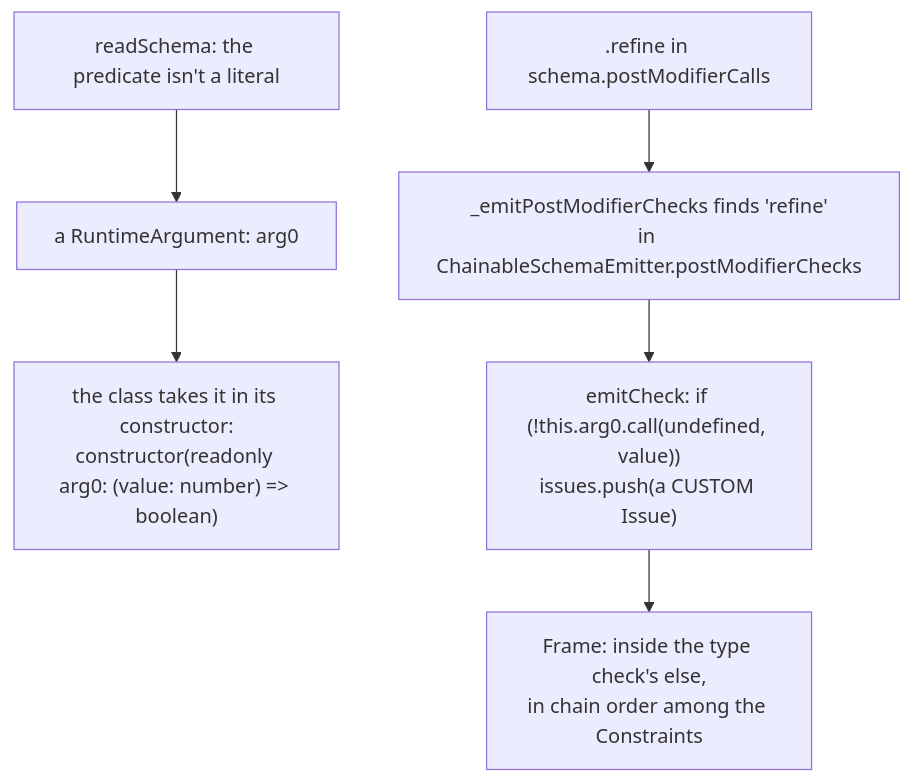
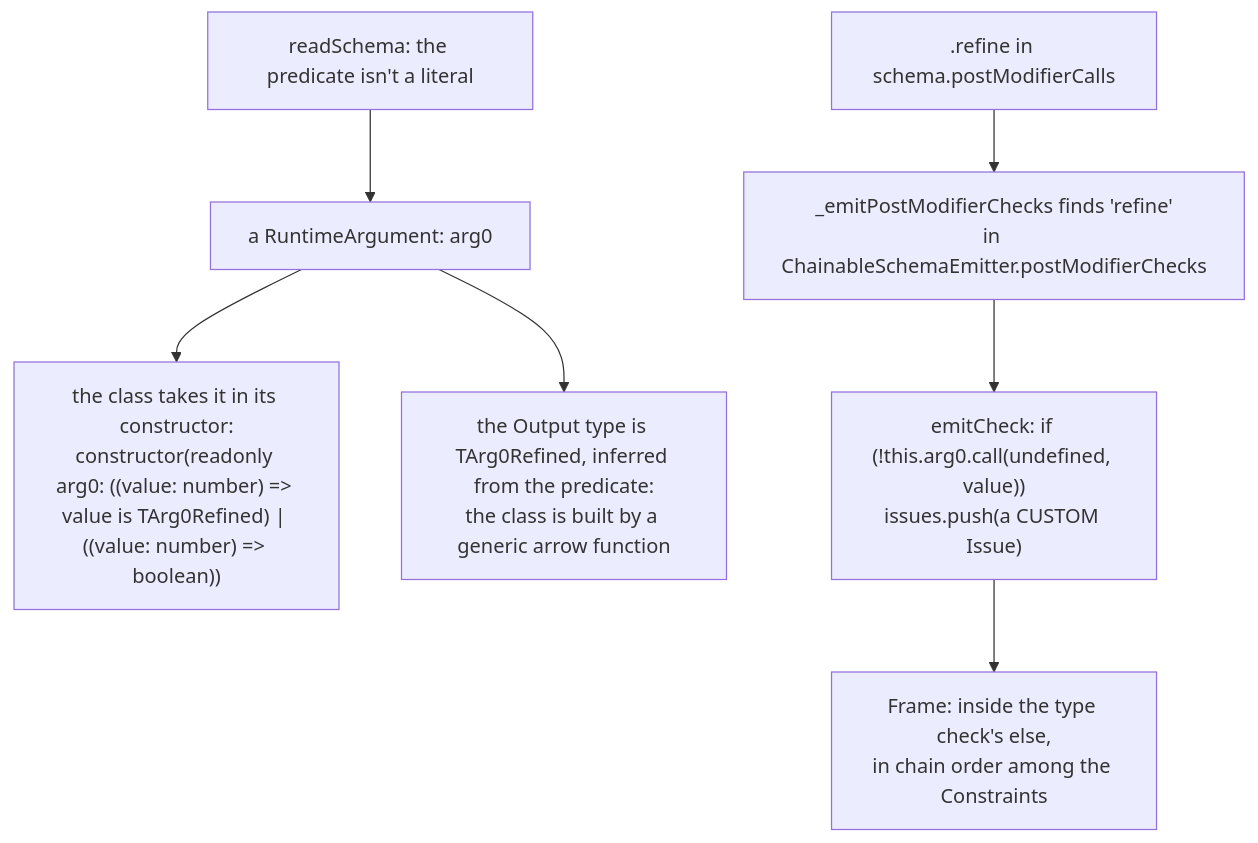
Before and after one commit to Ota-Prokopec/pvl: the third of 3 diagrams in docs/wiki/Refine.md, drawn with Mermaid. The commit also changed other lines of this file and 23 other files, not shown here.

First line of the commit message:
feat(schema-compiler): narrow a Schema's Output to its .refine() predicate's type

````diff
--- a/docs/wiki/Refine.md
+++ b/docs/wiki/Refine.md
@@ -48,8 +60,9 @@
 ```mermaid
 flowchart TD
     READ["readSchema: the predicate isn't a literal"] --> RA["a RuntimeArgument: arg0"]
-    RA --> CTOR["the class takes it in its constructor:<br/>constructor(readonly arg0: (value: number) => boolean)"]
+    RA --> CTOR["the class takes it in its constructor:<br/>constructor(readonly arg0: ((value: number) => value is TArg0Refined) | ((value: number) => boolean))"]
+    RA --> GEN["the Output type is TArg0Refined, inferred from the predicate:<br/>the class is built by a generic arrow function"]
     CALL[".refine in schema.postModifierCalls"] --> TAB["_emitPostModifierChecks finds 'refine'<br/>in ChainableSchemaEmitter.postModifierChecks"]
     TAB --> CHK["emitCheck: if (!this.arg0.call(undefined, value))<br/>issues.push(a CUSTOM Issue)"]
     CHK --> PLACE["Frame: inside the type check's else,<br/>in chain order among the Constraints"]
 ```
````
